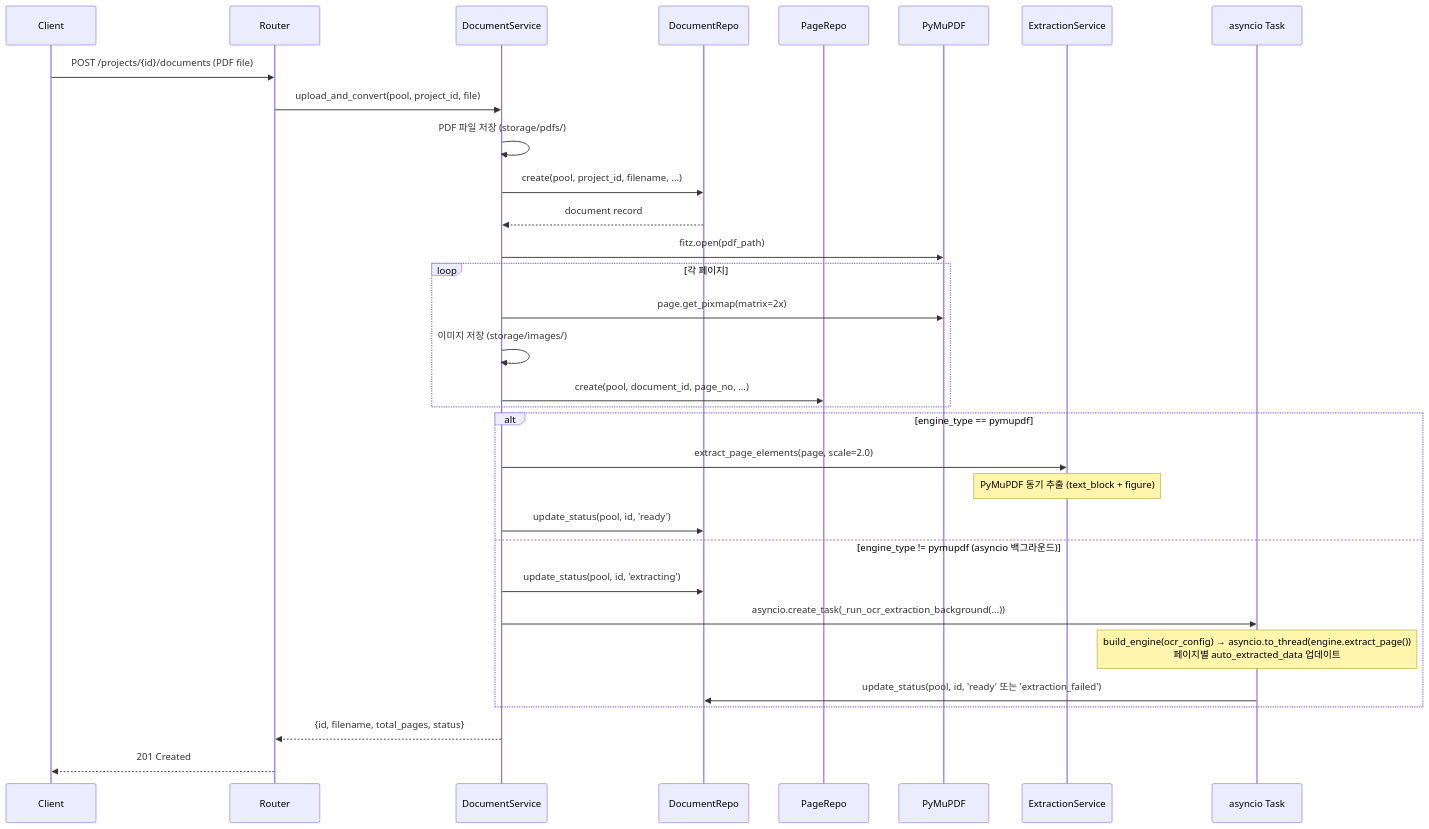
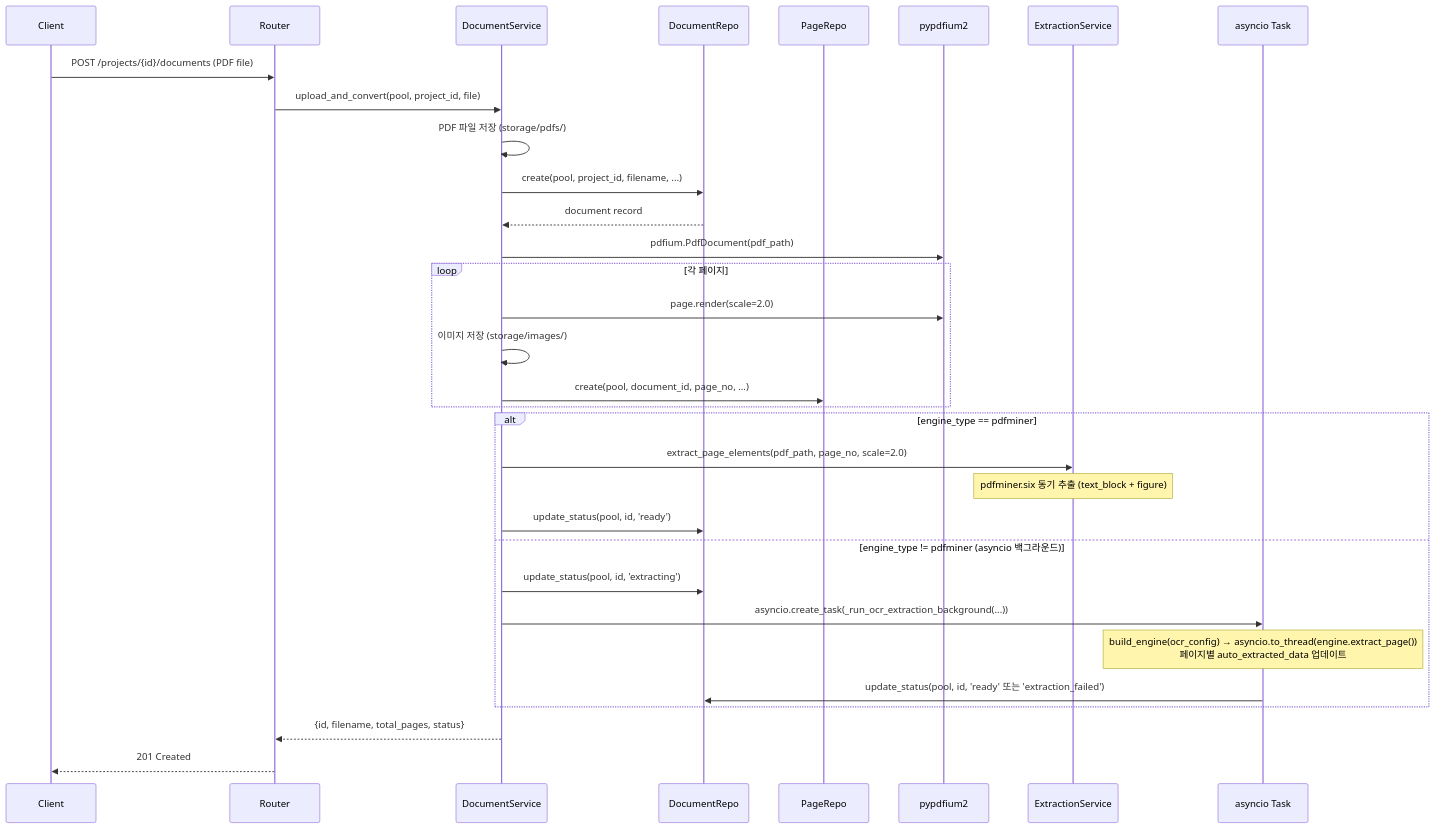
Before and after one commit to appleparan/saegim: the second of 5 diagrams in docs/backend/design/architecture.md, drawn with Mermaid. The commit also changed other lines of this file and 7 other files, not shown here.

First line of the commit message:
docs: update documentation for pdfminer.six and pypdfium2 migration

````diff
--- a/docs/backend/design/architecture.md
+++ b/docs/backend/design/architecture.md
@@ -102,37 +102,37 @@
 ```mermaid
 sequenceDiagram
     participant C as Client
     participant R as Router
     participant DS as DocumentService
     participant DR as DocumentRepo
     participant PR as PageRepo
-    participant PDF as PyMuPDF
+    participant PDF as pypdfium2
     participant EX as ExtractionService
     participant BG as asyncio Task
 
     C->>R: POST /projects/{id}/documents (PDF file)
     R->>DS: upload_and_convert(pool, project_id, file)
     DS->>DS: PDF 파일 저장 (storage/pdfs/)
     DS->>DR: create(pool, project_id, filename, ...)
     DR-->>DS: document record
-    DS->>PDF: fitz.open(pdf_path)
+    DS->>PDF: pdfium.PdfDocument(pdf_path)
     loop 각 페이지
-        DS->>PDF: page.get_pixmap(matrix=2x)
+        DS->>PDF: page.render(scale=2.0)
         DS->>DS: 이미지 저장 (storage/images/)
         DS->>PR: create(pool, document_id, page_no, ...)
     end
 
-    alt engine_type == pymupdf
-        DS->>EX: extract_page_elements(page, scale=2.0)
-        Note over EX: PyMuPDF 동기 추출 (text_block + figure)
+    alt engine_type == pdfminer
+        DS->>EX: extract_page_elements(pdf_path, page_no, scale=2.0)
+        Note over EX: pdfminer.six 동기 추출 (text_block + figure)
         DS->>DR: update_status(pool, id, 'ready')
-    else engine_type != pymupdf (asyncio 백그라운드)
+    else engine_type != pdfminer (asyncio 백그라운드)
         DS->>DR: update_status(pool, id, 'extracting')
         DS->>BG: asyncio.create_task(_run_ocr_extraction_background(...))
         Note over BG: build_engine(ocr_config) → asyncio.to_thread(engine.extract_page())<br/>페이지별 auto_extracted_data 업데이트
         BG->>DR: update_status(pool, id, 'ready' 또는 'extraction_failed')
     end
 
     DS-->>R: {id, filename, total_pages, status}
     R-->>C: 201 Created
 ```
````
